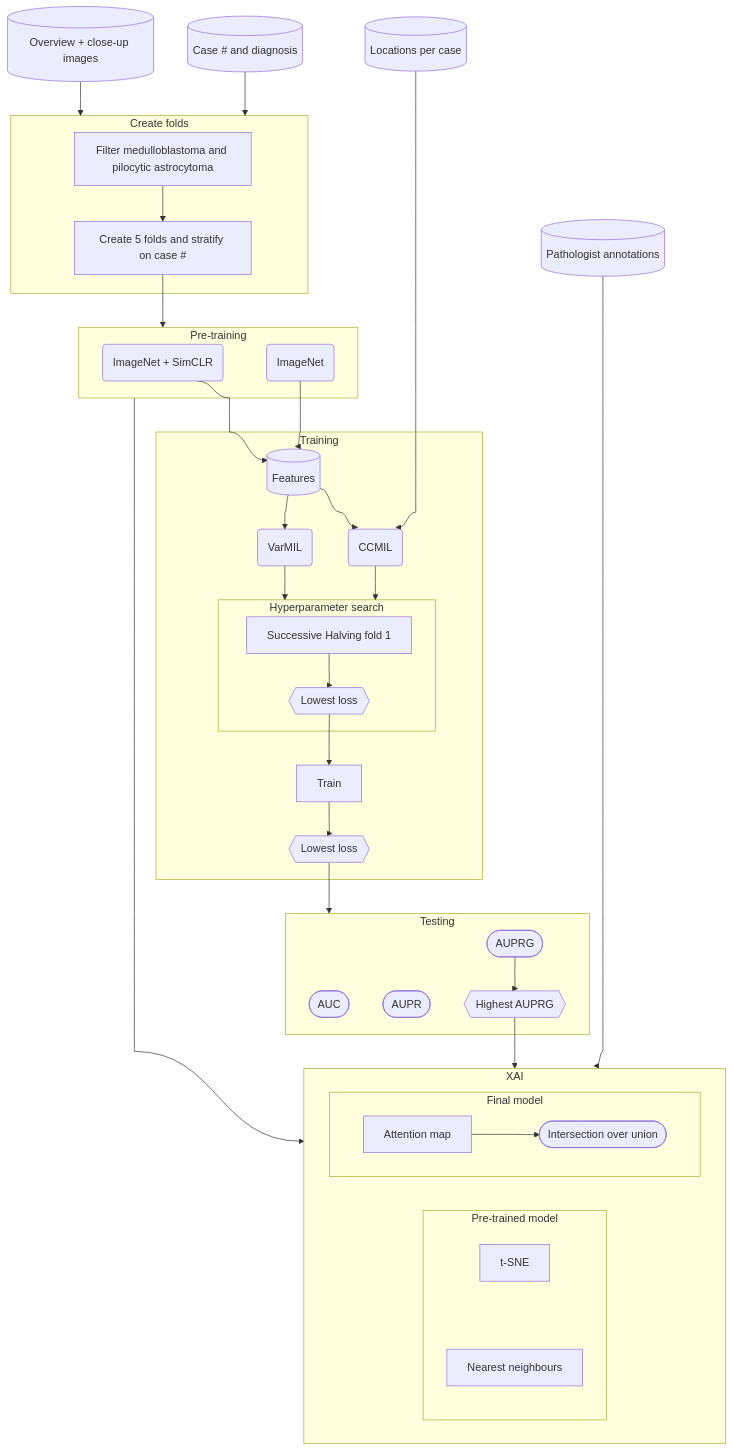
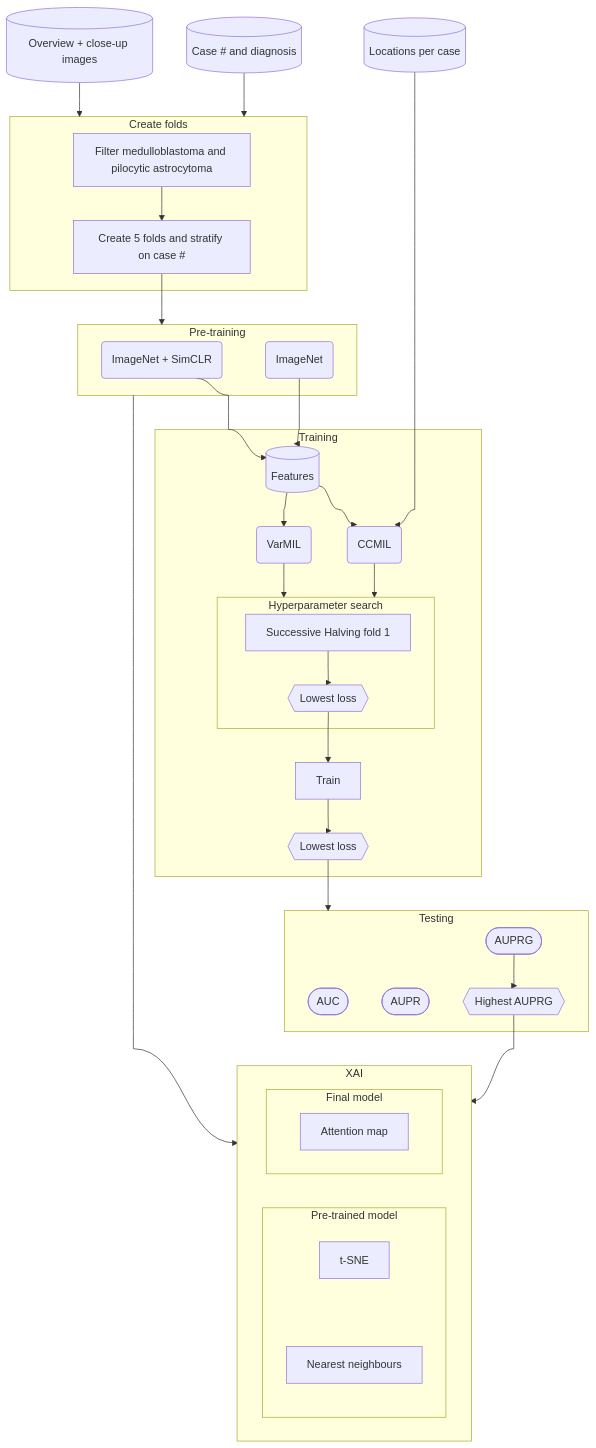
Before and after one commit to siemdejong/mscthesis: the diagram in mermaid/brain/analytical-methods.mmd, drawn with Mermaid. The commit also changed 72 other files, not shown here.

```diff
--- a/mermaid/brain/analytical-methods.mmd
+++ b/mermaid/brain/analytical-methods.mmd
@@ -1,85 +1,81 @@
 %%{init: {'theme': 'default', "flowchart" : { "curve" : "bumpX" } } }%%
 
 flowchart TD
     images[(Overview + close-up images)]
     targets[(Case # and diagnosis)]
     cc[(Locations per case)]
-    annotations[(Pathologist annotations)]
 
     subgraph splits[Create folds]
         filter_data[Filter medulloblastoma and pilocytic astrocytoma]
 
         create_splits[Create 5 folds and stratify on case #]
 
         filter_data --> create_splits
     end
 
     subgraph pretraining[Pre-training]
         SimCLR(ImageNet + SimCLR)
         ImageNet(ImageNet)
     end
 
     subgraph train[Training]
         features[(Features)]
 
         subgraph hps[Hyperparameter search]
             sh[Successive Halving fold 1]
 
             sh_bv{{Lowest loss}}
 
             sh --> sh_bv
         end
 
         VarMIL(VarMIL)
         CCMIL(CCMIL)
 
         train_bv{{Lowest loss}}
 
         features --> VarMIL & CCMIL
 
         VarMIL & CCMIL --> hps
 
         sh_bv --> train_with_conf[Train]
 
         train_with_conf --> train_bv
     end
 
     subgraph test[Testing]
         AUC([AUC])
         AUPR([AUPR])
         AUPRG([AUPRG])
 
         best_model{{Highest AUPRG}}
 
         %%style ph1 fill:#FFFFFF00, stroke:#FFFFFF00;
         %%style ph2 fill:#FFFFFF00, stroke:#FFFFFF00;
         %%AUC ~~~ ph1[ ]
         %%AUPR ~~~ ph2[ ]
 
         AUPRG --> best_model
 
     end
 
     subgraph xai[XAI]
         subgraph pretrained_model[Pre-trained model]
             tsne[t-SNE]
             nn[Nearest neighbours]
             tsne ~~~ nn
         end
 
         subgraph final[Final model]
             direction LR
             A[Attention map]
-            IoU([Intersection over union])
-            A --> IoU
         end
     end
 
     create_splits --> pretraining
     images & targets --> splits
     SimCLR & ImageNet --> features
     pretraining ---> xai
     train_bv ---> test
     best_model --> xai
-    annotations -------------> xai
     cc ------> CCMIL
```
